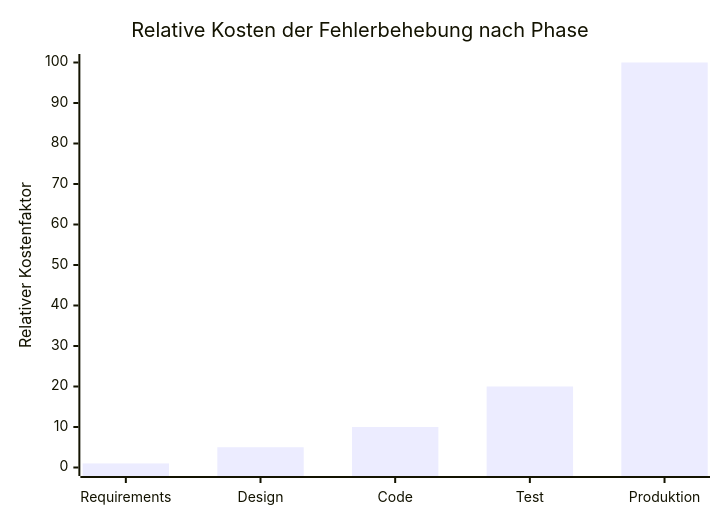
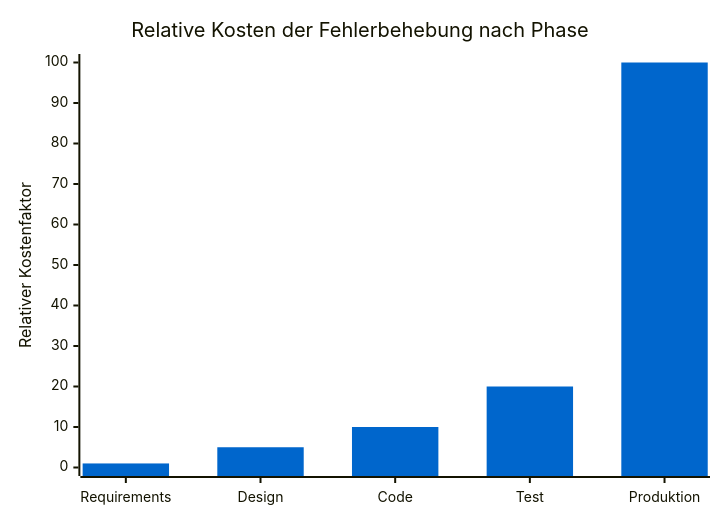
The diagram in special-slides/bmad-anforderungen-tests/das-problem.md (harrybin/presentations), drawn with Mermaid before and after one commit. The commit also changed other lines of this file and 6 other files, not shown here.

````diff
--- a/special-slides/bmad-anforderungen-tests/das-problem.md
+++ b/special-slides/bmad-anforderungen-tests/das-problem.md
@@ -60,7 +63,8 @@
-```mermaid {scale: 0.65}
+```mermaid {scale: 0.45}
+%%{init: {'theme': 'base', 'themeVariables': {'xyChart': {'backgroundColor': '#ffffff', 'plotColorPalette': '#0066cc'}}}}%%
 xychart-beta
     title "Relative Kosten der Fehlerbehebung nach Phase"
     x-axis ["Requirements", "Design", "Code", "Test", "Produktion"]
     y-axis "Relativer Kostenfaktor" 0 --> 100
     bar [1, 5, 10, 20, 100]
 ```
````
